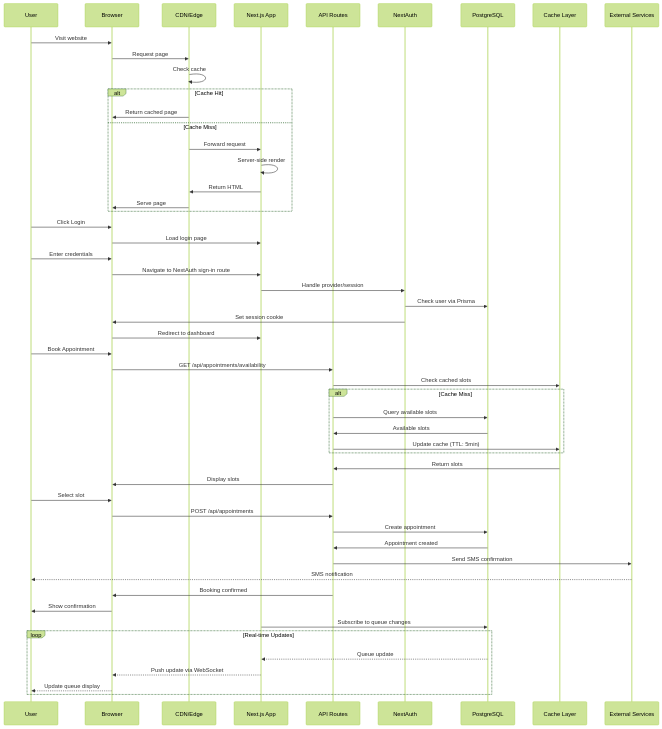
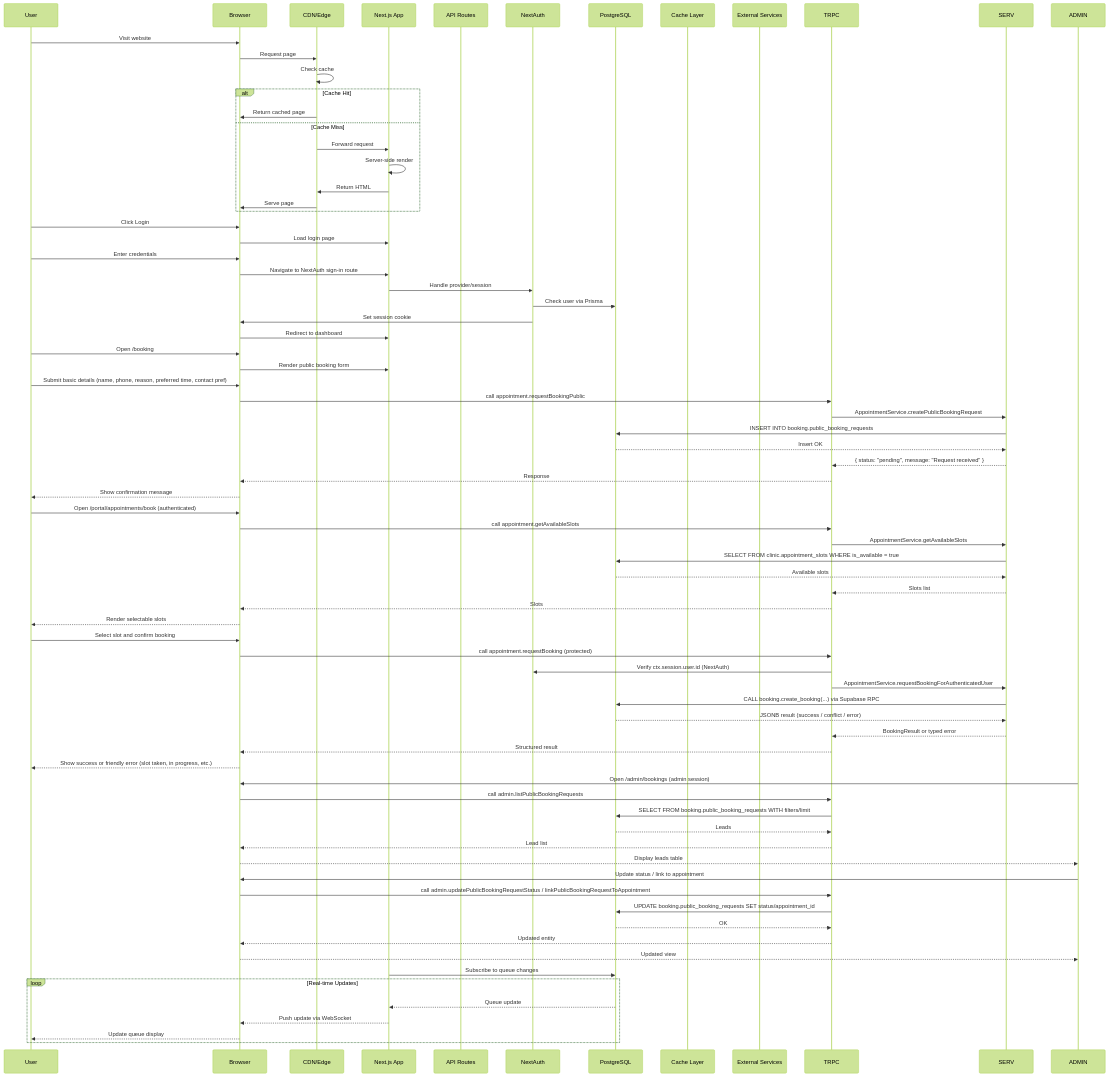
Before and after one commit to nordeim/Gabriel-Family-Clinic-v2: the second of 9 diagrams in Project_Architecture_Document.md, drawn with Mermaid (forest theme). The commit also changed other lines of this file and 3 other files, not shown here.

```diff
--- a/Project_Architecture_Document.md
+++ b/Project_Architecture_Document.md
@@ -591,28 +591,54 @@
     AUTH->>B: Set session cookie
     B->>APP: Redirect to dashboard
     
-    %% Appointment Booking Flow
-    U->>B: Book Appointment
-    B->>API: GET /api/appointments/availability
-    API->>CACHE: Check cached slots
-    alt Cache Miss
-        API->>DB: Query available slots
-        DB->>API: Available slots
-        API->>CACHE: Update cache (TTL: 5min)
-    end
-    CACHE->>API: Return slots
-    API->>B: Display slots
+    %% Booking Flow (Aligned with Current Implementation)
     
-    U->>B: Select slot
-    B->>API: POST /api/appointments
-    API->>DB: Create appointment
-    DB->>API: Appointment created
+        %% Public lead capture (/booking)
+        U->>B: Open /booking
+        B->>APP: Render public booking form
+        U->>B: Submit basic details (name, phone, reason, preferred time, contact pref)
+        B->>TRPC: call appointment.requestBookingPublic
+        TRPC->>SERV: AppointmentService.createPublicBookingRequest
+        SERV->>DB: INSERT INTO booking.public_booking_requests
+        DB-->>SERV: Insert OK
+        SERV-->>TRPC: { status: "pending", message: "Request received" }
+        TRPC-->>B: Response
+        B-->>U: Show confirmation message
     
-    API->>EXT: Send SMS confirmation
-    EXT-->>U: SMS notification
+        %% Authenticated booking (/portal/appointments/book)
+        U->>B: Open /portal/appointments/book (authenticated)
+        B->>TRPC: call appointment.getAvailableSlots
+        TRPC->>SERV: AppointmentService.getAvailableSlots
+        SERV->>DB: SELECT FROM clinic.appointment_slots WHERE is_available = true
+        DB-->>SERV: Available slots
+        SERV-->>TRPC: Slots list
+        TRPC-->>B: Slots
+        B-->>U: Render selectable slots
     
-    API->>B: Booking confirmed
-    B->>U: Show confirmation
+        U->>B: Select slot and confirm booking
+        B->>TRPC: call appointment.requestBooking (protected)
+        TRPC->>AUTH: Verify ctx.session.user.id (NextAuth)
+        TRPC->>SERV: AppointmentService.requestBookingForAuthenticatedUser
+        SERV->>DB: CALL booking.create_booking(...) via Supabase RPC
+        DB-->>SERV: JSONB result (success / conflict / error)
+        SERV-->>TRPC: BookingResult or typed error
+        TRPC-->>B: Structured result
+        B-->>U: Show success or friendly error (slot taken, in progress, etc.)
+    
+        %% Admin lead management (/admin/bookings)
+        ADMIN->>B: Open /admin/bookings (admin session)
+        B->>TRPC: call admin.listPublicBookingRequests
+        TRPC->>DB: SELECT FROM booking.public_booking_requests WITH filters/limit
+        DB-->>TRPC: Leads
+        TRPC-->>B: Lead list
+        B-->>ADMIN: Display leads table
+    
+        ADMIN->>B: Update status / link to appointment
+        B->>TRPC: call admin.updatePublicBookingRequestStatus / linkPublicBookingRequestToAppointment
+        TRPC->>DB: UPDATE booking.public_booking_requests SET status/appointment_id
+        DB-->>TRPC: OK
+        TRPC-->>B: Updated entity
+        B-->>ADMIN: Updated view
     
     %% Real-time Queue Update
     APP->>DB: Subscribe to queue changes
```
